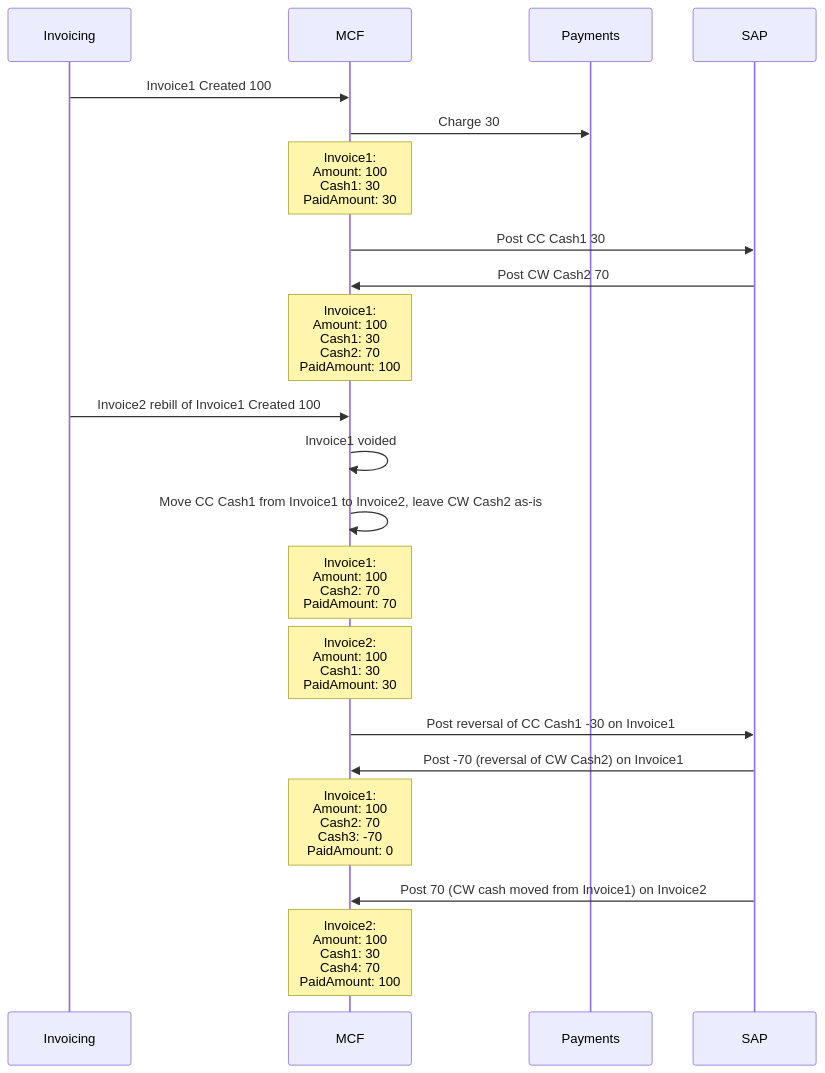
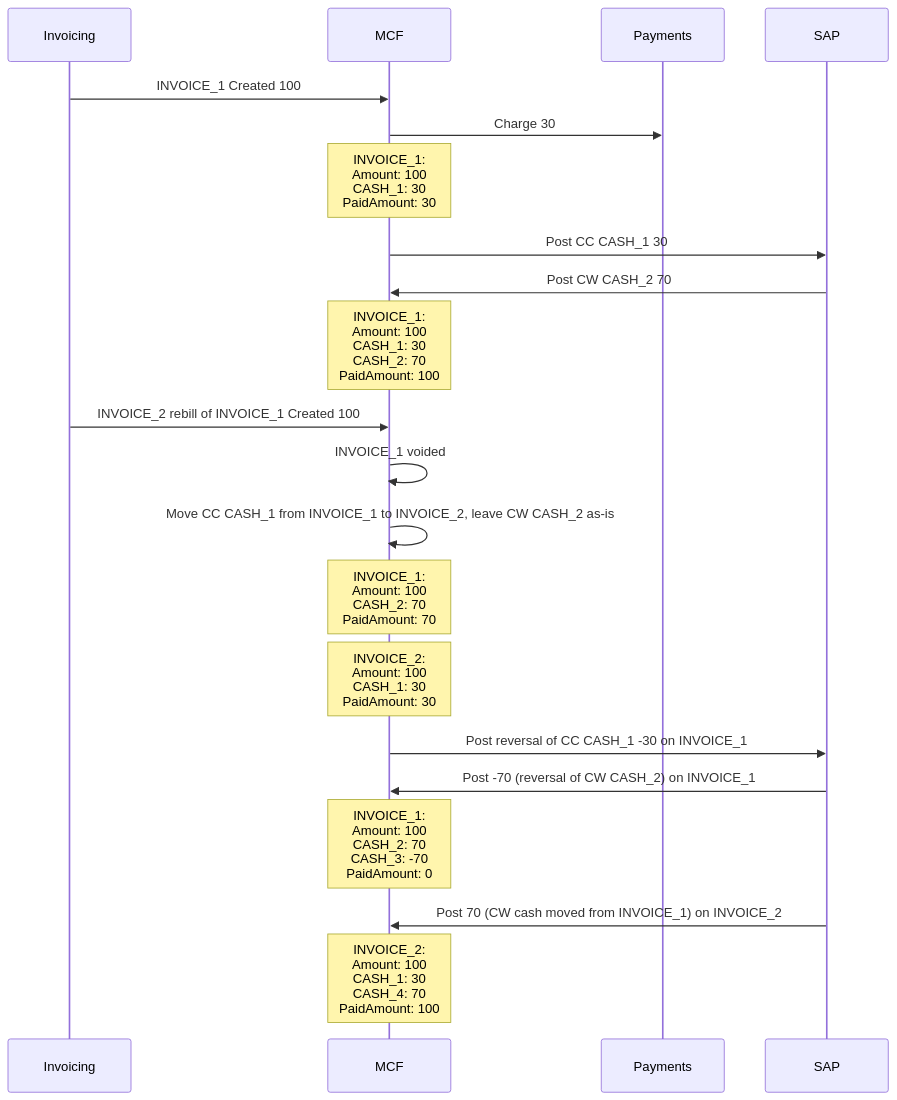
One commit to vikramsinha/test1 changed diagram 15 of 17 in MCF-SAP Scenarios.md. Above: the diagram before and after it, drawn with Mermaid. The commit also changed other lines of this file, not shown here.

Commit message:
Update MCF-SAP Scenarios.md

````diff
--- a/MCF-SAP Scenarios.md
+++ b/MCF-SAP Scenarios.md
@@ -229,24 +304,24 @@
 ```mermaid
 %%{init: {'theme': 'default'} }%%
 sequenceDiagram
     participant Invoicing
     participant MCF
     participant Payments
     participant SAP
-    Invoicing->>MCF: Invoice1 Created 100
+    Invoicing->>MCF: INVOICE_1 Created 100
     MCF->>Payments: Charge 30
-    Note over MCF: Invoice1:<br/>Amount: 100<br/>Cash1: 30<br/>PaidAmount: 30
-    MCF->>SAP: Post CC Cash1 30
-    SAP->>MCF: Post CW Cash2 70
-    Note over MCF: Invoice1:<br/>Amount: 100<br/>Cash1: 30<br/>Cash2: 70<br/>PaidAmount: 100
-    Invoicing->>MCF: Invoice2 rebill of Invoice1 Created 100
-    MCF->>MCF: Invoice1 voided
-    MCF->>MCF: Move CC Cash1 from Invoice1 to Invoice2, leave CW Cash2 as-is
-    Note over MCF: Invoice1:<br/>Amount: 100<br/>Cash2: 70<br/>PaidAmount: 70
-    Note over MCF: Invoice2:<br/>Amount: 100<br/>Cash1: 30<br/>PaidAmount: 30
-    MCF->>SAP: Post reversal of CC Cash1 -30 on Invoice1
-    SAP->>MCF: Post -70 (reversal of CW Cash2) on Invoice1
-    Note over MCF: Invoice1:<br/>Amount: 100<br/>Cash2: 70<br/>Cash3: -70<br/>PaidAmount: 0
-    SAP->>MCF: Post 70 (CW cash moved from Invoice1) on Invoice2
-    Note over MCF: Invoice2:<br/>Amount: 100<br/>Cash1: 30<br/>Cash4: 70<br/>PaidAmount: 100
+    Note over MCF: INVOICE_1:<br/>Amount: 100<br/>CASH_1: 30<br/>PaidAmount: 30
+    MCF->>SAP: Post CC CASH_1 30
+    SAP->>MCF: Post CW CASH_2 70
+    Note over MCF: INVOICE_1:<br/>Amount: 100<br/>CASH_1: 30<br/>CASH_2: 70<br/>PaidAmount: 100
+    Invoicing->>MCF: INVOICE_2 rebill of INVOICE_1 Created 100
+    MCF->>MCF: INVOICE_1 voided
+    MCF->>MCF: Move CC CASH_1 from INVOICE_1 to INVOICE_2, leave CW CASH_2 as-is
+    Note over MCF: INVOICE_1:<br/>Amount: 100<br/>CASH_2: 70<br/>PaidAmount: 70
+    Note over MCF: INVOICE_2:<br/>Amount: 100<br/>CASH_1: 30<br/>PaidAmount: 30
+    MCF->>SAP: Post reversal of CC CASH_1 -30 on INVOICE_1
+    SAP->>MCF: Post -70 (reversal of CW CASH_2) on INVOICE_1
+    Note over MCF: INVOICE_1:<br/>Amount: 100<br/>CASH_2: 70<br/>CASH_3: -70<br/>PaidAmount: 0
+    SAP->>MCF: Post 70 (CW cash moved from INVOICE_1) on INVOICE_2
+    Note over MCF: INVOICE_2:<br/>Amount: 100<br/>CASH_1: 30<br/>CASH_4: 70<br/>PaidAmount: 100
 ```
````
